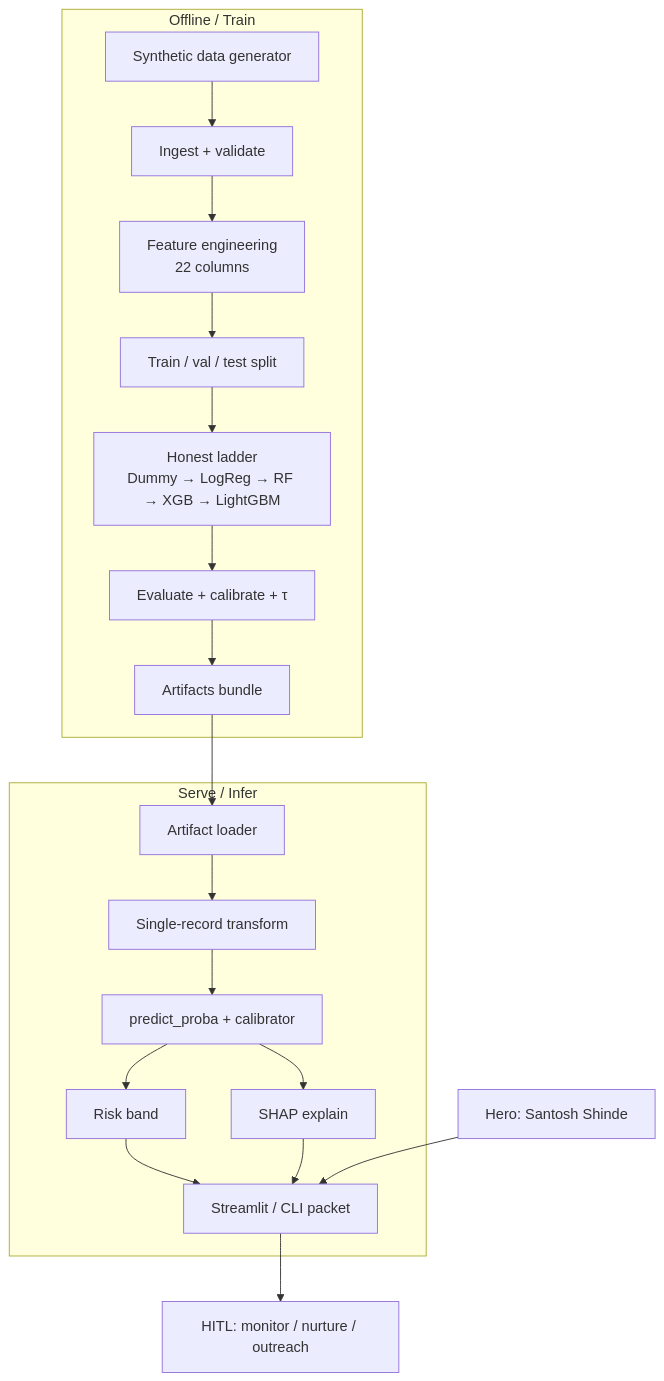
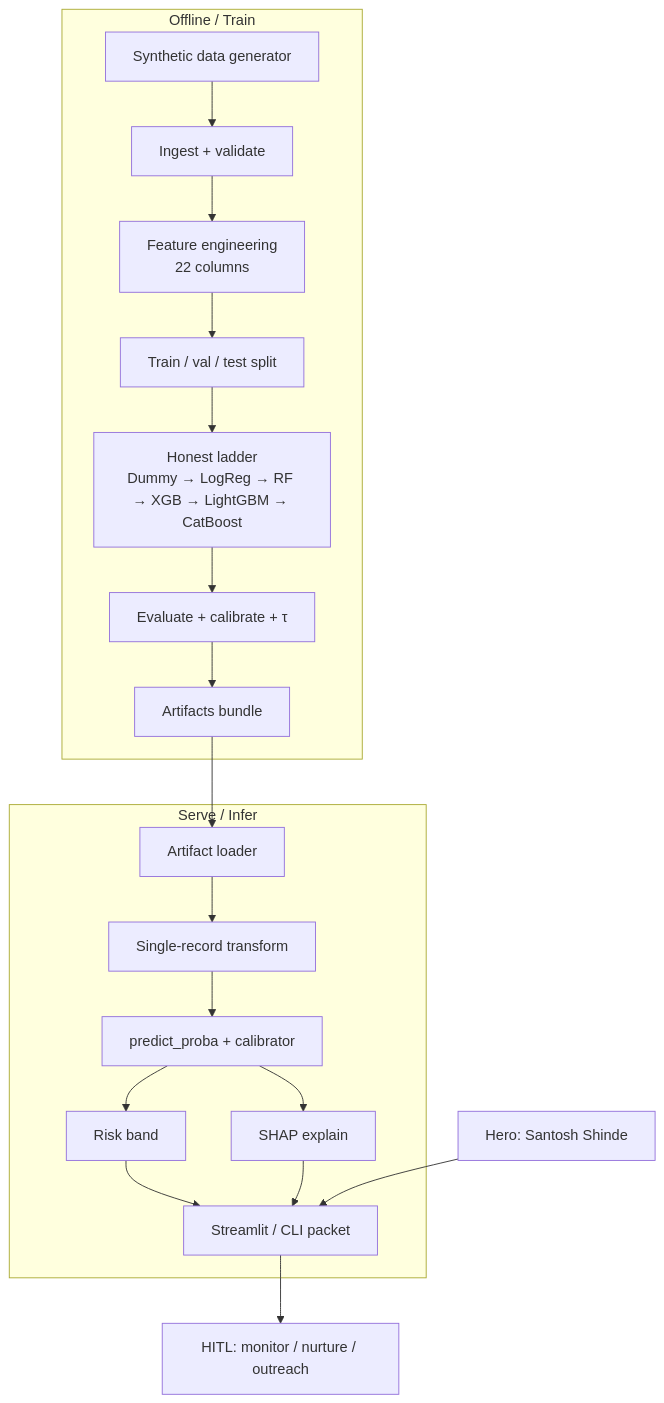
One commit to santoshshinde2012/retention-radar changed the first of 3 diagrams in docs/ARCHITECTURE.md. Above: the diagram before and after it, drawn with Mermaid. The commit also changed other lines of this file and 21 other files, not shown here.

First line of the commit message:
feat: add CatBoost peer to honest GBDT ladder + landscape doc (#3)

````diff
--- a/docs/ARCHITECTURE.md
+++ b/docs/ARCHITECTURE.md
@@ -14,24 +14,24 @@
 ```mermaid
 flowchart TB
   subgraph offline ["Offline / Train"]
     A["Synthetic data generator"] --> B["Ingest + validate"]
     B --> C["Feature engineering<br/>22 columns"]
     C --> D["Train / val / test split"]
-    D --> E["Honest ladder<br/>Dummy → LogReg → RF → XGB → LightGBM"]
+    D --> E["Honest ladder<br/>Dummy → LogReg → RF → XGB → LightGBM → CatBoost"]
     E --> F["Evaluate + calibrate + τ"]
     F --> G["Artifacts bundle"]
   end
 
   subgraph online ["Serve / Infer"]
     G --> H["Artifact loader"]
     H --> I["Single-record transform"]
     I --> J["predict_proba + calibrator"]
     J --> K["Risk band"]
     J --> L["SHAP explain"]
     K --> M["Streamlit / CLI packet"]
     L --> M
   end
 
   N["Hero: Santosh Shinde"] --> M
   M --> O["HITL: monitor / nurture / outreach"]
 ```
````
